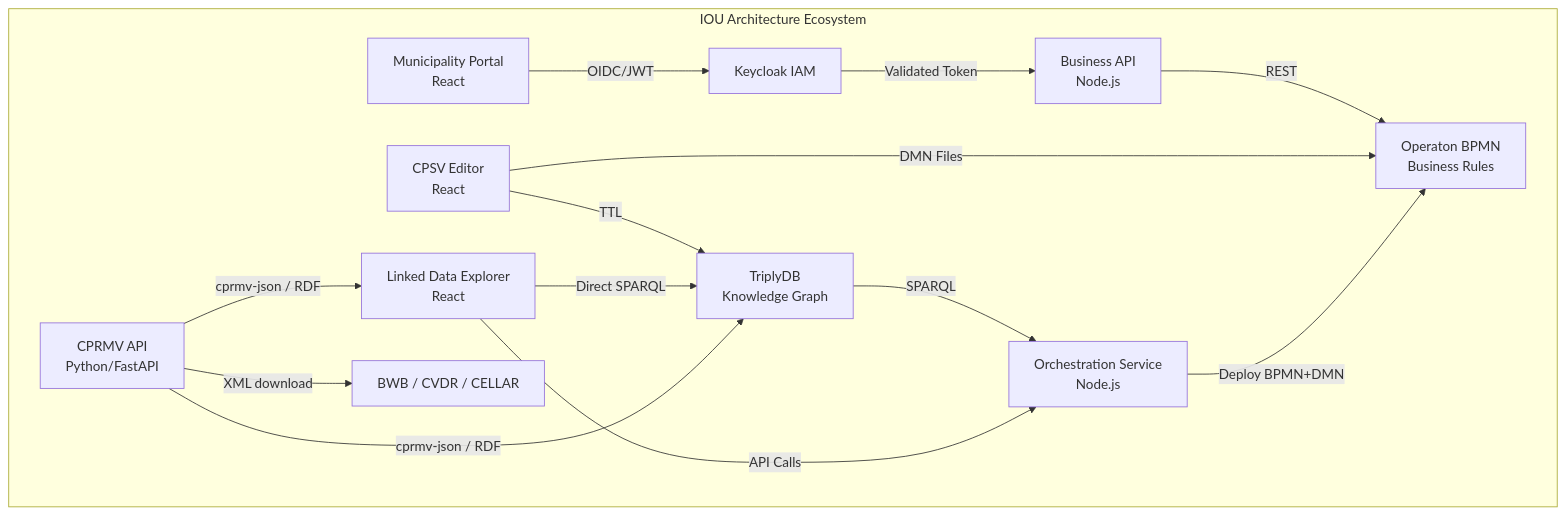
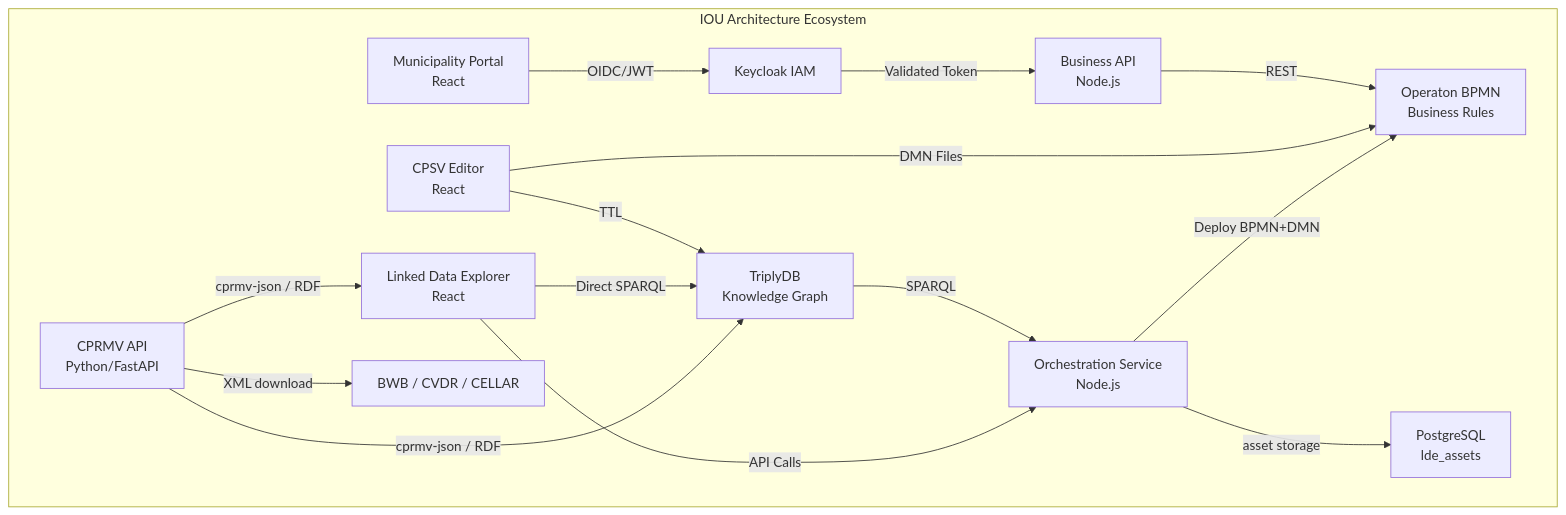
One commit to sgort/iou-architectuur changed the diagram in docs/en/index.md. Above: the diagram before and after it, drawn with Mermaid. The commit also changed other lines of this file and 31 other files, not shown here.

````diff
--- a/docs/en/index.md
+++ b/docs/en/index.md
@@ -69,21 +69,22 @@
 ```mermaid
 graph TB
     subgraph "IOU Architecture Ecosystem"
         A[Municipality Portal<br/>React] -->|OIDC/JWT| B[Keycloak IAM]
         B -->|Validated Token| C[Business API<br/>Node.js]
         C -->|REST| D[Operaton BPMN<br/>Business Rules]
 
         E[CPSV Editor<br/>React] -->|TTL| F[TriplyDB<br/>Knowledge Graph]
         E -->|DMN Files| D
 
         F -->|SPARQL| G[Orchestration Service<br/>Node.js]
         G -->|Deploy BPMN+DMN| D
+        G -->|asset storage| K[PostgreSQL<br/>lde_assets]
 
         H[Linked Data Explorer<br/>React] -->|API Calls| G
         H -->|Direct SPARQL| F
 
         I[CPRMV API<br/>Python/FastAPI] -->|XML download| J[BWB / CVDR / CELLAR]
         I -->|cprmv-json / RDF| F
         I -->|cprmv-json / RDF| H
     end
 ```
````
